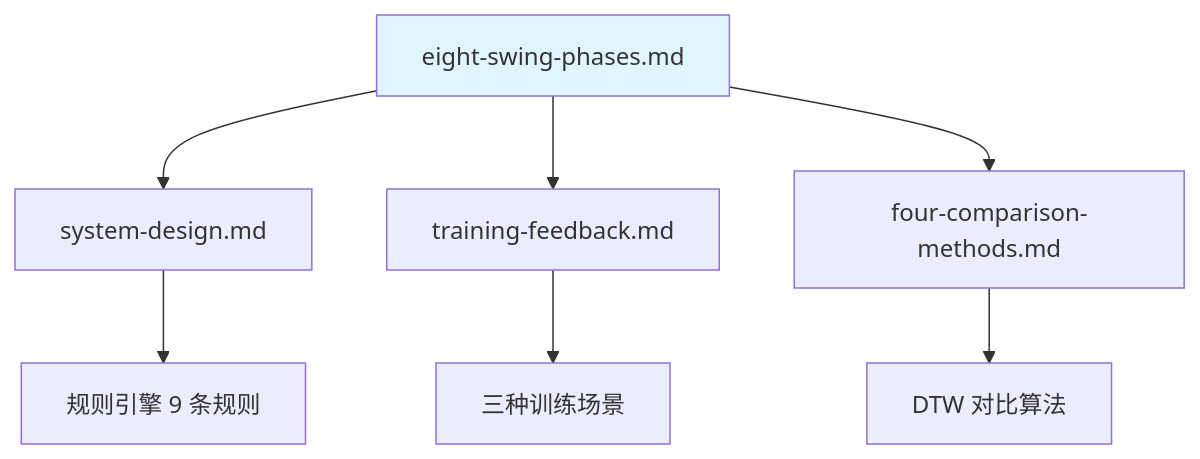
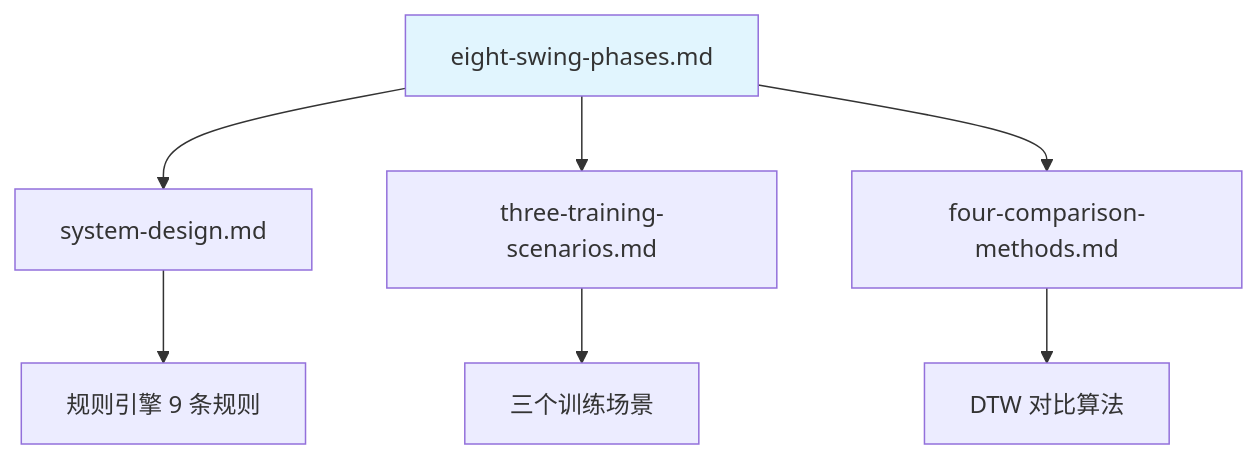
The diagram in docs/zh/design/specs/eight-swing-phases.md (movement-chain-ai/movement-chain-docs), drawn with Mermaid before and after one commit. The commit also changed other lines of this file and 13 other files, not shown here.

````diff
--- a/docs/zh/design/specs/eight-swing-phases.md
+++ b/docs/zh/design/specs/eight-swing-phases.md
@@ -435,12 +435,12 @@
 ```mermaid
 graph TD
     A[eight-swing-phases.md] --> B[system-design.md]
-    A --> C[training-feedback.md]
+    A --> C[three-training-scenarios.md]
     A --> D[four-comparison-methods.md]
 
     B --> E[规则引擎 9 条规则]
-    C --> F[三种训练场景]
+    C --> F[三个训练场景]
     D --> G[DTW 对比算法]
 
     style A fill:#e1f5fe
 ```
````
